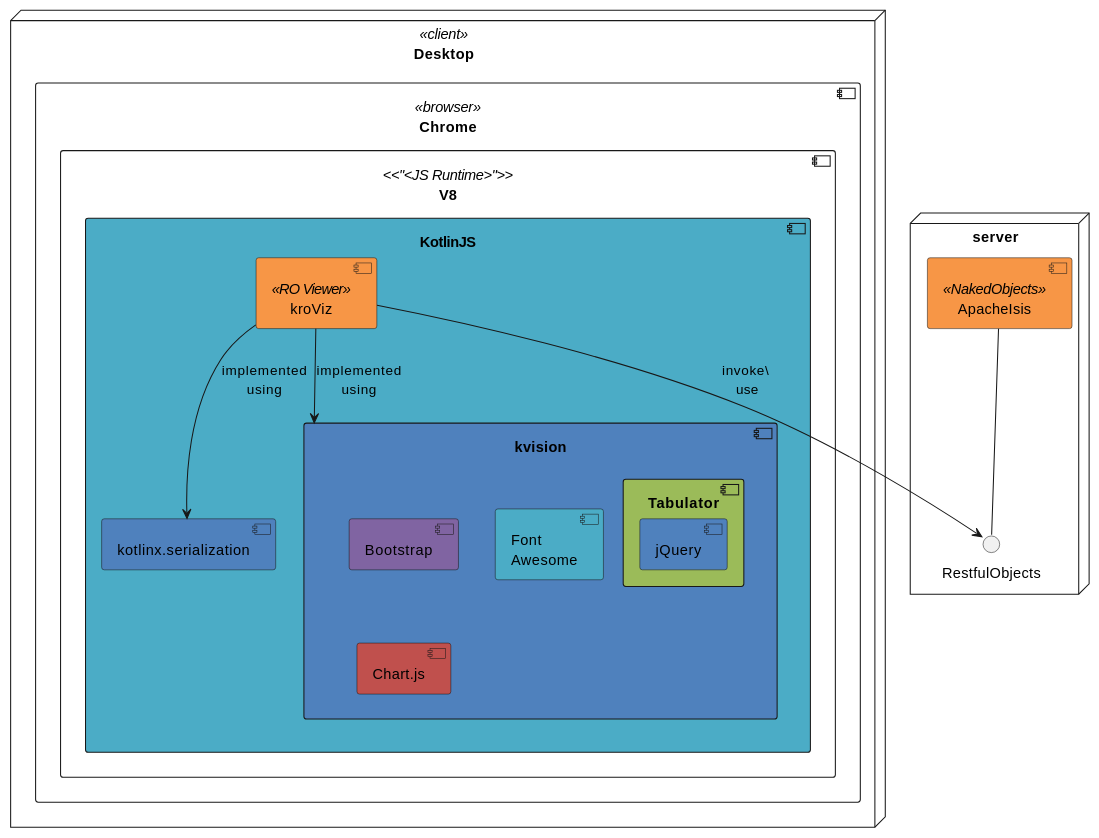
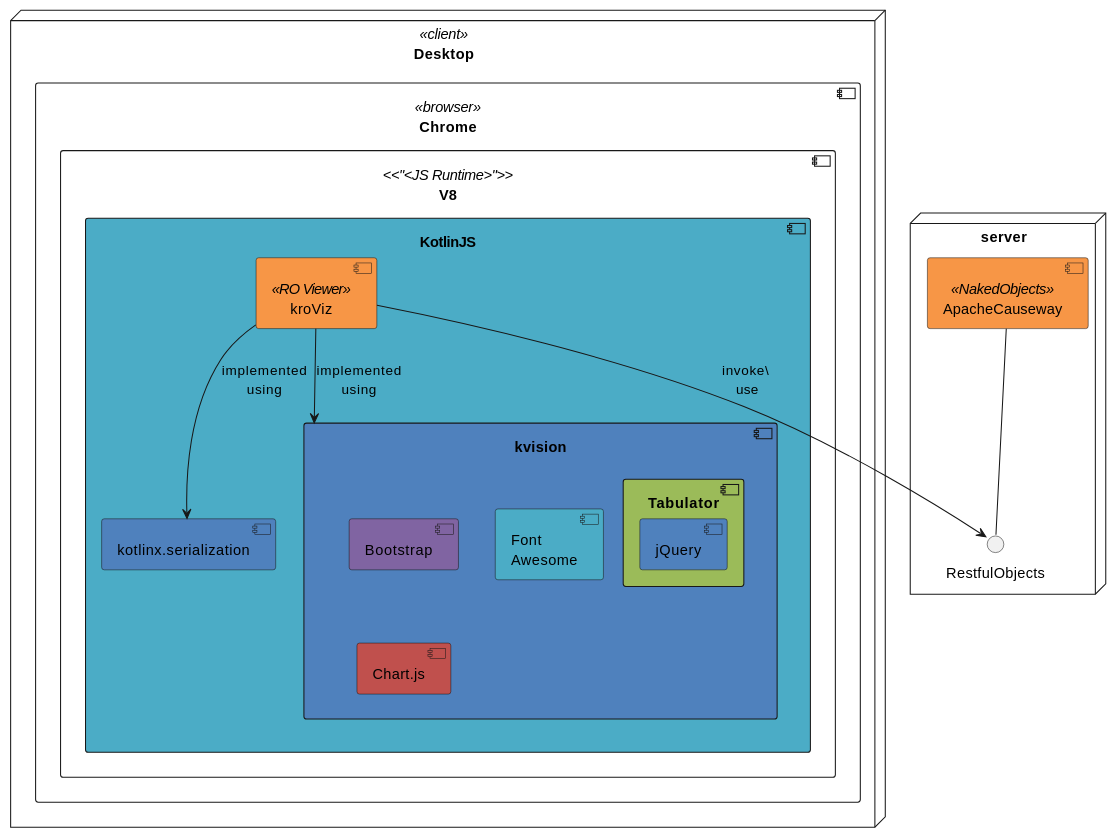
Before and after one commit to apache/causeway: the diagram in incubator/clients/kroviz/adoc/modules/kroviz/partials/design/arc-overview.adoc, drawn with PlantUML. The commit also changed 41 other files, not shown here.

Commit message:
ISIS-3260: further renames of Isis -> Causeway in .adoc files only.

```diff
--- a/incubator/clients/kroviz/adoc/modules/kroviz/partials/design/arc-overview.adoc
+++ b/incubator/clients/kroviz/adoc/modules/kroviz/partials/design/arc-overview.adoc
@@ -4,33 +4,33 @@
 [plantuml,file="arc-overview.png"]
 ----
 @startuml
 node Desktop <<client>>{
 component Chrome <<browser>> {
 component V8 <<"<JS Runtime>">> {
     component KotlinJS [[https://github.com/JetBrains/kotlin/tree/master/js]] #4BACC6 {
         component kotlinx.serialization as KS #4F81BD
         component kvision [[https://rjaros.github.io/kvision]] #4F81BD {
             component Bootstrap [[https://getbootstrap.com/]] #8064A2
             component "Font\nAwesome" [[https://fontawesome.com/]] #4BACC6
             component Tabulator [[http://tabulator.info/]] #9BBB59 {
                 component jQuery [[https://jquery.com/]] #4F81BD
             }
             component Chart.js [[https://www.chartjs.org/]] #C0504D
         }
         component kroViz <<RO Viewer>> #F79646
         kroViz --> kvision : implemented\nusing
         kroViz --> KS : implemented\nusing
     }
 }
 }
 }
 
 node server{
     interface RestfulObjects as RO
-    component ApacheIsis<<NakedObjects>> [[https://causeway.apache.org/]] #F79646
+    component ApacheCauseway<<NakedObjects>> [[https://causeway.apache.org/]] #F79646
 }
 
-ApacheIsis -- RO
+ApacheCauseway -- RO
 kroViz --> RO : invoke\ \nuse
 @enduml
 ----
```
